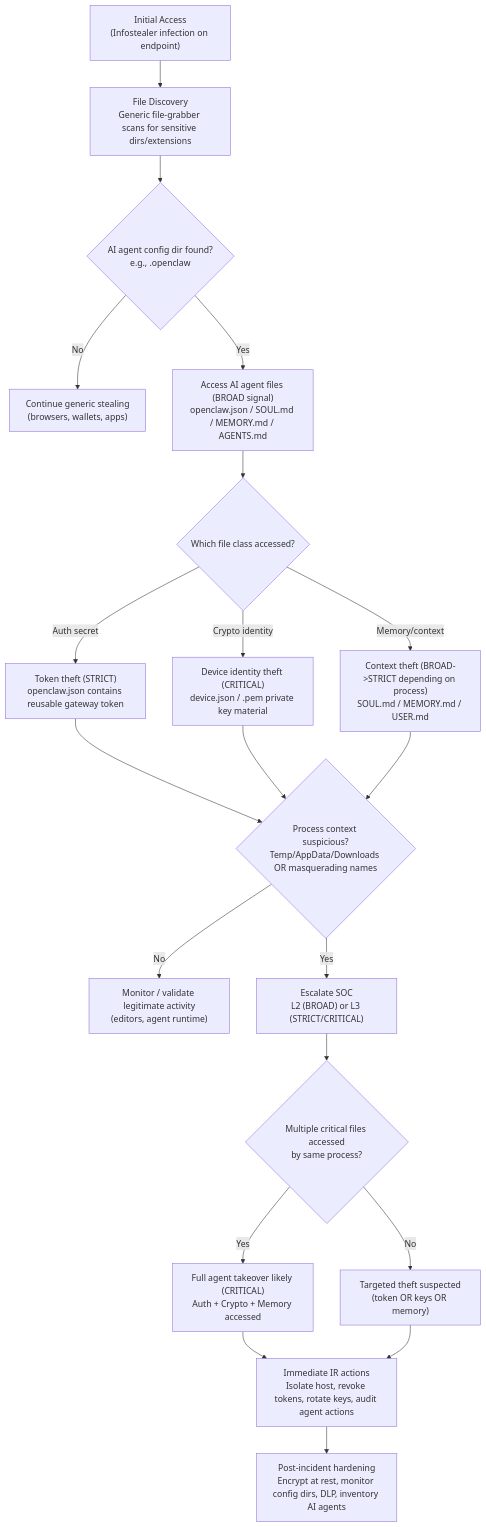
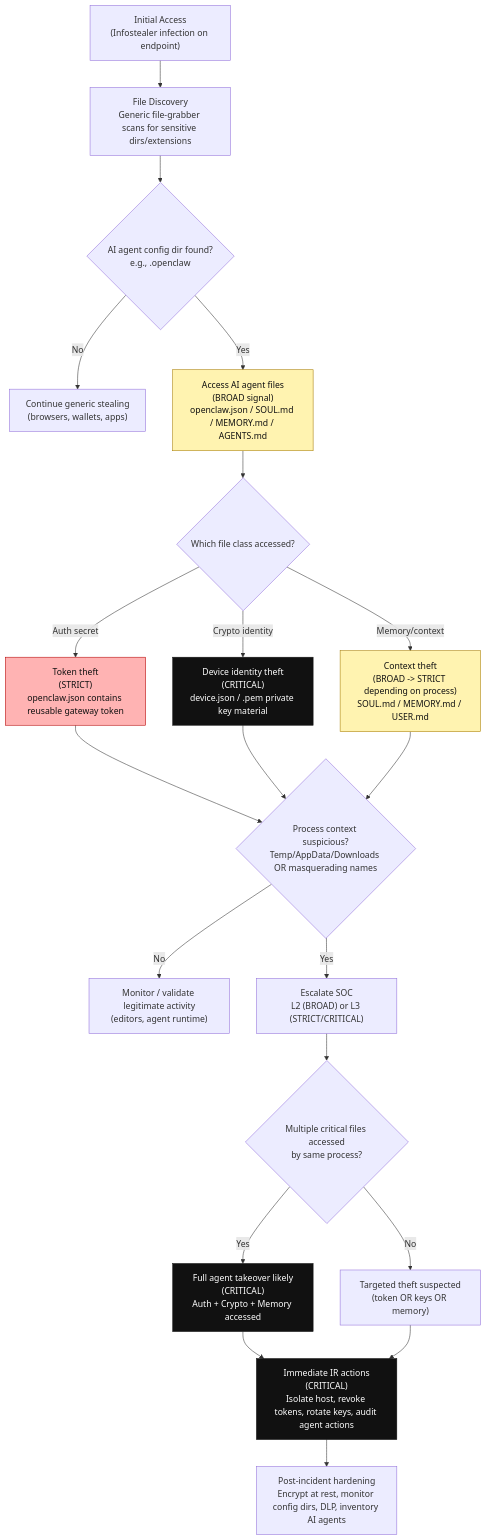
Before and after one commit to Hatchepsoute/sigma-rules: the diagram in AI_Agent_Context_Theft/diagrams/README.md, drawn with Mermaid. The commit also changed other lines of this file and 3 other files, not shown here.

````diff
--- a/AI_Agent_Context_Theft/diagrams/README.md
+++ b/AI_Agent_Context_Theft/diagrams/README.md
@@ -4,23 +4,32 @@
 ```mermaid
 flowchart TD
   A["Initial Access\n(Infostealer infection on endpoint)"] --> B["File Discovery\nGeneric file-grabber scans for sensitive dirs/extensions"]
   B --> C{"AI agent config dir found?\ne.g., .openclaw"}
   C -- No --> Z["Continue generic stealing\n(browsers, wallets, apps)"]
-  C -- Yes --> D["Access AI agent files (BROAD signal)\nopenclaw.json / SOUL.md / MEMORY.md / AGENTS.md"]
+  C -- Yes --> D["Access AI agent files\n(BROAD signal)\nopenclaw.json / SOUL.md / MEMORY.md / AGENTS.md"]
   D --> E{"Which file class accessed?"}
-  E -- Auth secret --> F["Token theft (STRICT)\nopenclaw.json contains reusable gateway token"]
-  E -- Crypto identity --> G["Device identity theft (CRITICAL)\ndevice.json / .pem private key material"]
-  E -- Memory/context --> H["Context theft (BROAD->STRICT depending on process)\nSOUL.md / MEMORY.md / USER.md"]
+  E -- Auth secret --> F["Token theft\n(STRICT)\nopenclaw.json contains reusable gateway token"]
+  E -- Crypto identity --> G["Device identity theft\n(CRITICAL)\ndevice.json / .pem private key material"]
+  E -- Memory/context --> H["Context theft\n(BROAD -> STRICT depending on process)\nSOUL.md / MEMORY.md / USER.md"]
   F --> I{"Process context suspicious?\nTemp/AppData/Downloads OR masquerading names"}
   G --> I
   H --> I
   I -- No --> J["Monitor / validate legitimate activity\n(editors, agent runtime)"]
   I -- Yes --> K["Escalate SOC\nL2 (BROAD) or L3 (STRICT/CRITICAL)"]
   K --> L{"Multiple critical files accessed\nby same process?"}
-  L -- Yes --> M["Full agent takeover likely (CRITICAL)\nAuth + Crypto + Memory accessed"]
+  L -- Yes --> M["Full agent takeover likely\n(CRITICAL)\nAuth + Crypto + Memory accessed"]
   L -- No --> N["Targeted theft suspected\n(token OR keys OR memory)"]
-  M --> O["Immediate IR actions\nIsolate host, revoke tokens, rotate keys, audit agent actions"]
+  M --> O["Immediate IR actions\n(CRITICAL)\nIsolate host, revoke tokens, rotate keys, audit agent actions"]
   N --> O
   O --> P["Post-incident hardening\nEncrypt at rest, monitor config dirs, DLP, inventory AI agents"]
 
+  %% Styling (GitHub-compatible)
+  classDef broad fill:#fff3b0,stroke:#a67c00,stroke-width:1px,color:#111;
+  classDef strict fill:#ffb3b3,stroke:#b30000,stroke-width:1px,color:#111;
+  classDef critical fill:#111,stroke:#111,stroke-width:1px,color:#fff;
+
+  class D,H broad;
+  class F strict;
+  class G,M,O critical;
+
 ```
````
